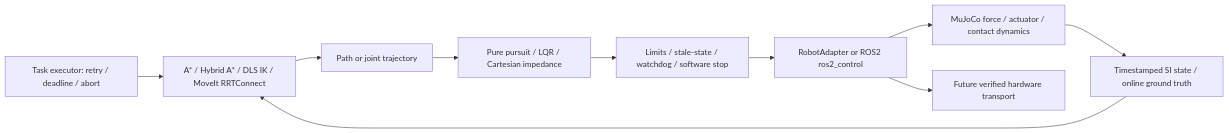
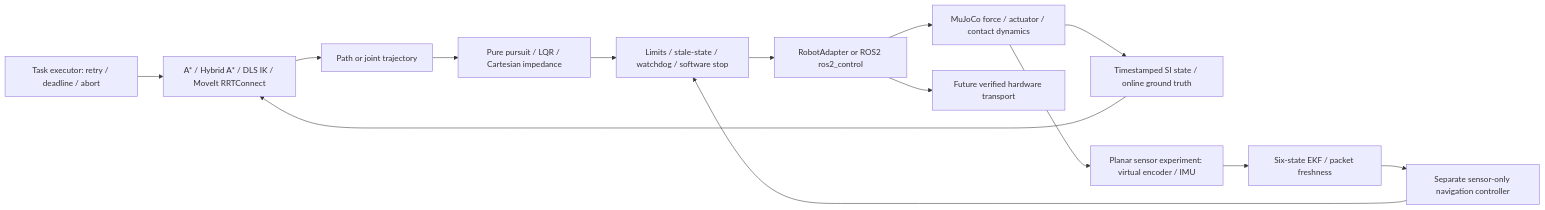
One commit to Leo-7GOAT/EmbodiedSwarm changed the diagram in README.md. Above: the diagram before and after it, drawn with Mermaid. The commit also changed other lines of this file and 4 other files, not shown here.

Commit message:
docs: publish sensor-feedback navigation acceptance and remaining scope

````diff
--- a/README.md
+++ b/README.md
@@ -17,12 +17,16 @@
 ```mermaid
 flowchart LR
     Task[Task executor: retry / deadline / abort] --> Plan[A* / Hybrid A* / DLS IK / MoveIt RRTConnect]
     Plan --> Traj[Path or joint trajectory]
     Traj --> Ctrl[Pure pursuit / LQR / Cartesian impedance]
     Ctrl --> Safe[Limits / stale-state / watchdog / software stop]
     Safe --> HAL[RobotAdapter or ROS2 ros2_control]
     HAL --> Sim[MuJoCo force / actuator / contact dynamics]
     Sim --> State[Timestamped SI state / online ground truth]
     State --> Plan
+    Sim --> Sensors[Planar sensor experiment: virtual encoder / IMU]
+    Sensors --> EKF[Six-state EKF / packet freshness]
+    EKF --> BaseCtrl[Separate sensor-only navigation controller]
+    BaseCtrl --> Safe
     HAL --> HW[Future verified hardware transport]
 ```
````
